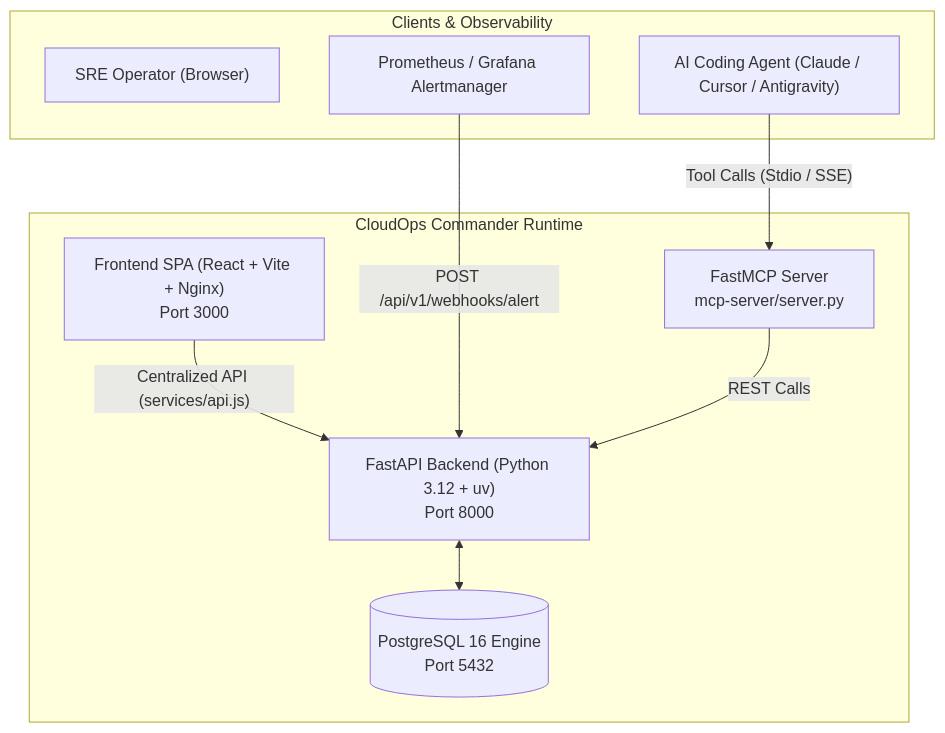
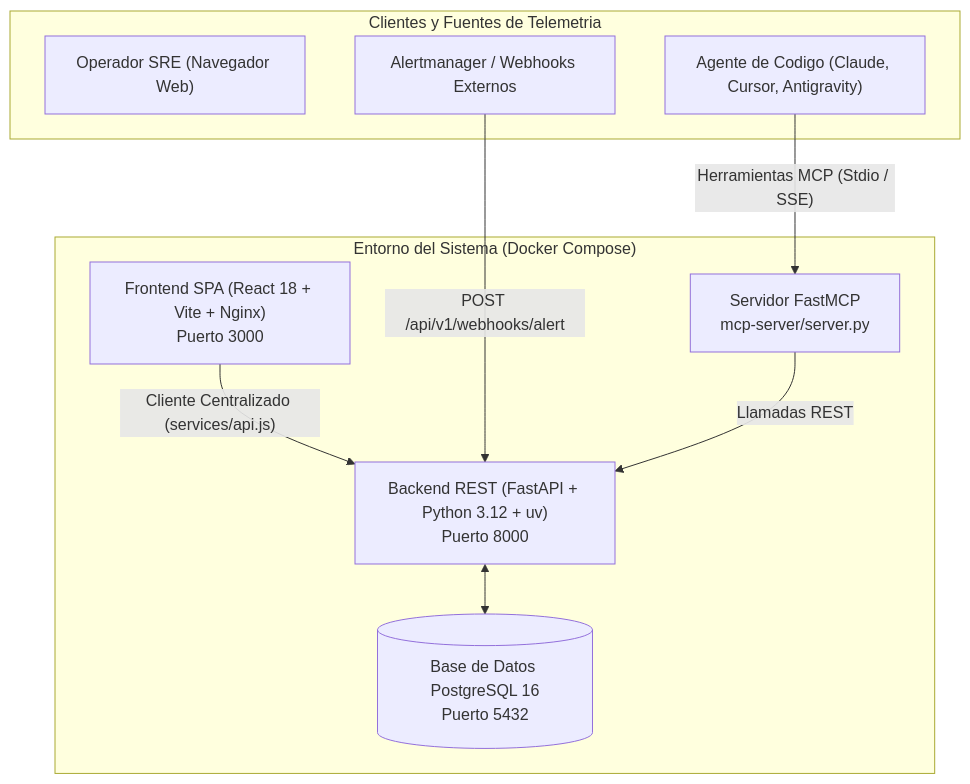
The diagram in README.md (NativelogXD/proyecto-1-zoomcamp-ai-dev), drawn with Mermaid before and after one commit. The commit also changed other lines of this file and 24 other files, not shown here.

````diff
--- a/README.md
+++ b/README.md
@@ -63,21 +59,21 @@
 ```mermaid
 flowchart TD
-    subgraph Clients["Clients & Observability"]
-        User["SRE Operator (Browser)"]
-        Prometheus["Prometheus / Grafana Alertmanager"]
-        Agent["AI Coding Agent (Claude / Cursor / Antigravity)"]
+    subgraph CapaClientes["Clientes y Fuentes de Telemetria"]
+        Operador["Operador SRE (Navegador Web)"]
+        Prometheus["Alertmanager / Webhooks Externos"]
+        AgenteIA["Agente de Codigo (Claude, Cursor, Antigravity)"]
     end
 
-    subgraph AppFleet["CloudOps Commander Runtime"]
-        Frontend["Frontend SPA (React + Vite + Nginx)<br/>Port 3000"]
-        Backend["FastAPI Backend (Python 3.12 + uv)<br/>Port 8000"]
-        Postgres[("PostgreSQL 16 Engine<br/>Port 5432")]
-        MCPServer["FastMCP Server<br/>mcp-server/server.py"]
+    subgraph Plataforma["Entorno del Sistema (Docker Compose)"]
+        Frontend["Frontend SPA (React 18 + Vite + Nginx)<br/>Puerto 3000"]
+        Backend["Backend REST (FastAPI + Python 3.12 + uv)<br/>Puerto 8000"]
+        Postgres[("Base de Datos PostgreSQL 16<br/>Puerto 5432")]
+        MCPServer["Servidor FastMCP<br/>mcp-server/server.py"]
 
-        Frontend -- "Centralized API (services/api.js)" --> Backend
+        Frontend -- "Cliente Centralizado (services/api.js)" --> Backend
         Prometheus -- "POST /api/v1/webhooks/alert" --> Backend
-        Agent -- "Tool Calls (Stdio / SSE)" --> MCPServer
-        MCPServer -- "REST Calls" --> Backend
+        AgenteIA -- "Herramientas MCP (Stdio / SSE)" --> MCPServer
+        MCPServer -- "Llamadas REST" --> Backend
         Backend <--> Postgres
     end
 ```
````
